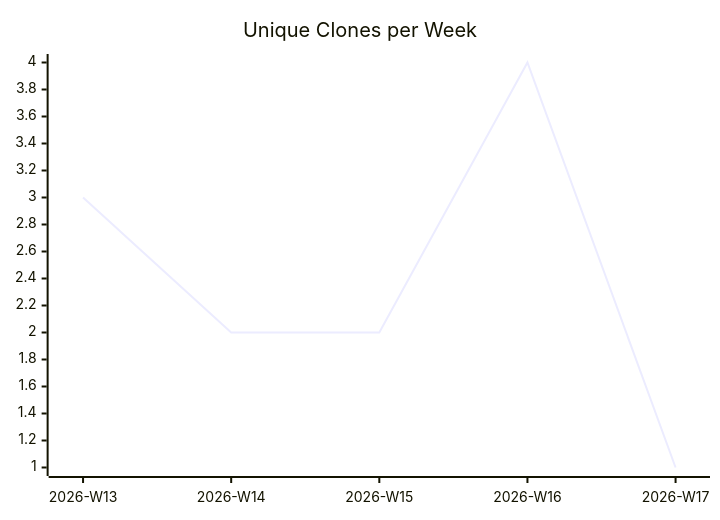
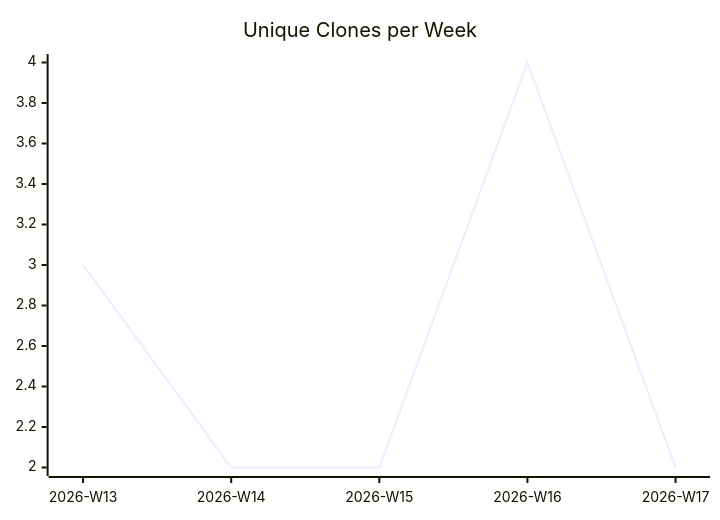
The third of 3 diagrams in karlmdavis/ansible-role-rcm-dotfiles/README.md (justdavis-family/github-analytics-data), drawn with Mermaid before and after one commit. The commit also changed other lines of this file and 197 other files, not shown here.

````diff
--- a/karlmdavis/ansible-role-rcm-dotfiles/README.md
+++ b/karlmdavis/ansible-role-rcm-dotfiles/README.md
@@ -19,6 +19,6 @@
 ```mermaid
 xychart-beta
   title "Unique Clones per Week"
   x-axis ["2026-W13", "2026-W14", "2026-W15", "2026-W16", "2026-W17"]
-  line [3, 2, 2, 4, 1]
+  line [3, 2, 2, 4, 2]
 ```
````
